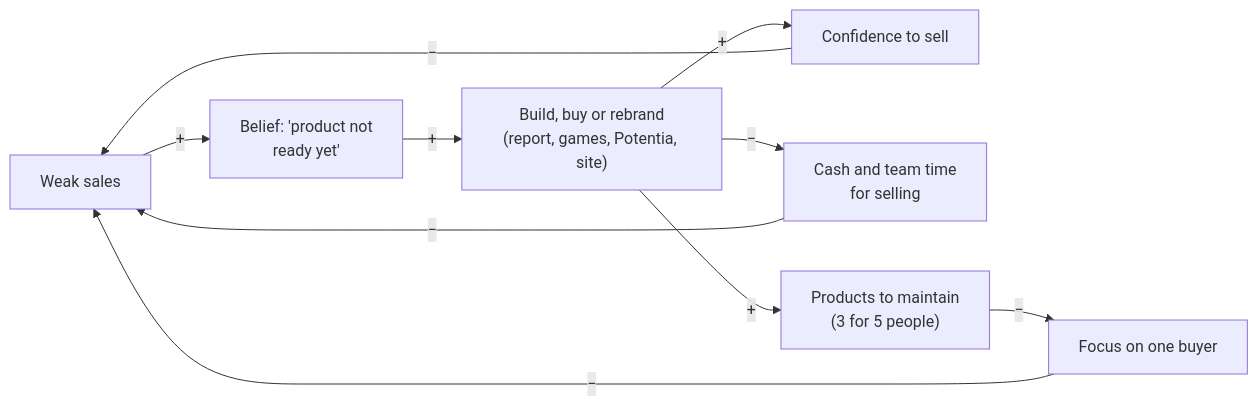
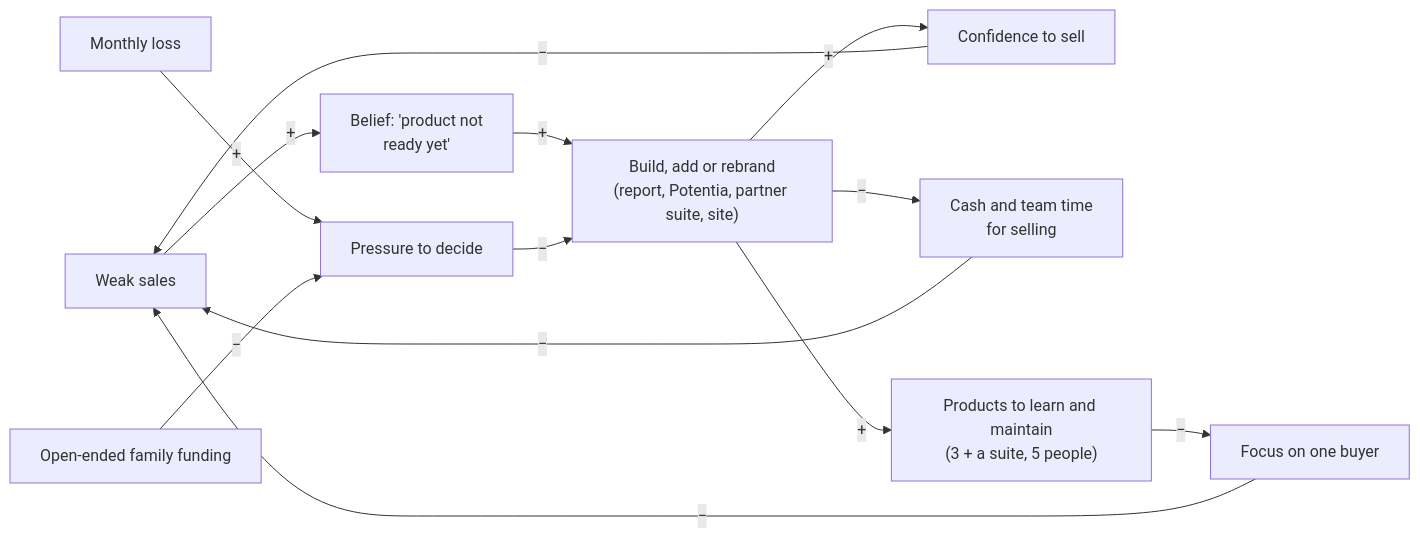
One commit to gregorykurnia/deus-evaluation changed the fifth of 6 diagrams in outputs/01-systems-thinking.md. Above: the diagram before and after it, drawn with Mermaid. The commit also changed other lines of this file and 1 other file, not shown here.

````diff
--- a/outputs/01-systems-thinking.md
+++ b/outputs/01-systems-thinking.md
@@ -253,12 +288,15 @@
 ```mermaid
 flowchart LR
     WEAK["Weak sales"] -->|"+"| BELIEF["Belief: 'product not<br/>ready yet'"]
-    BELIEF -->|"+"| BUILD["Build, buy or rebrand<br/>(report, games, Potentia, site)"]
+    BELIEF -->|"+"| BUILD["Build, add or rebrand<br/>(report, Potentia, partner suite, site)"]
     BUILD -->|"+"| CONF["Confidence to sell"]
     CONF -->|"−"| WEAK
     BUILD -->|"−"| CASH["Cash and team time<br/>for selling"]
-    BUILD -->|"+"| SCOPE["Products to maintain<br/>(3 for 5 people)"]
+    BUILD -->|"+"| SCOPE["Products to learn and maintain<br/>(3 + a suite, 5 people)"]
     SCOPE -->|"−"| FOCUS["Focus on one buyer"]
     FOCUS -->|"−"| WEAK
     CASH -->|"−"| WEAK
+    GAP["Monthly loss"] -->|"+"| SIGNAL["Pressure to decide"]
+    FUND["Open-ended family funding"] -->|"−"| SIGNAL
+    SIGNAL -->|"−"| BUILD
 ```
````
